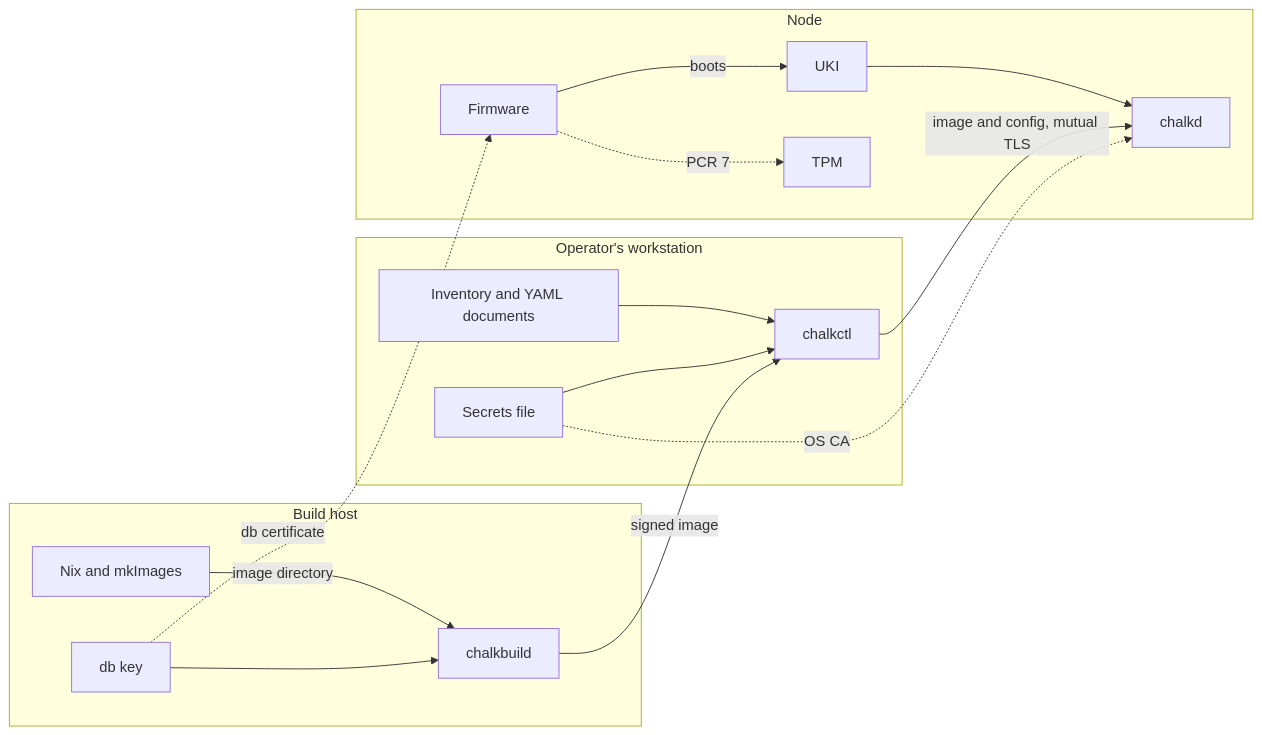
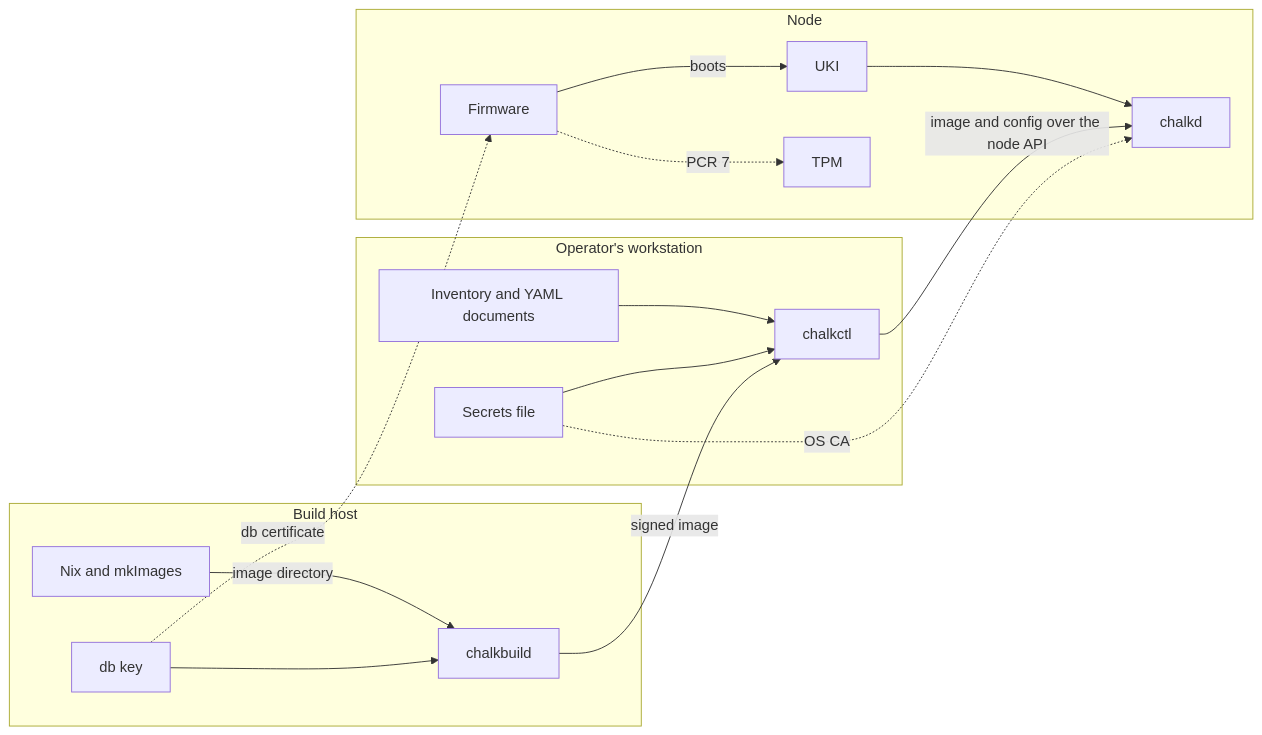
Before and after one commit to trevex/chalkos: the first of 2 diagrams in docs/how-it-works/node/overview.md, drawn with Mermaid. The commit also changed other lines of this file and 19 other files, not shown here.

````diff
--- a/docs/how-it-works/node/overview.md
+++ b/docs/how-it-works/node/overview.md
@@ -19,21 +19,21 @@
 ```mermaid
 flowchart LR
     subgraph build["Build host"]
         nix["Nix and mkImages"] -->|image directory| chalkbuild
         dbkey["db key"] --> chalkbuild
     end
     subgraph workstation["Operator's workstation"]
         inventory["Inventory and YAML documents"] --> chalkctl
         secrets["Secrets file"] --> chalkctl
     end
     subgraph node["Node"]
         firmware["Firmware"] -->|boots| uki["UKI"]
         uki --> chalkd
         tpm["TPM"]
     end
     chalkbuild -->|signed image| chalkctl
-    chalkctl -->|"image and config, mutual TLS"| chalkd
+    chalkctl -->|"image and config over the node API"| chalkd
     dbkey -.->|db certificate| firmware
     secrets -.->|OS CA| chalkd
     firmware -.->|PCR 7| tpm
 ```
````
